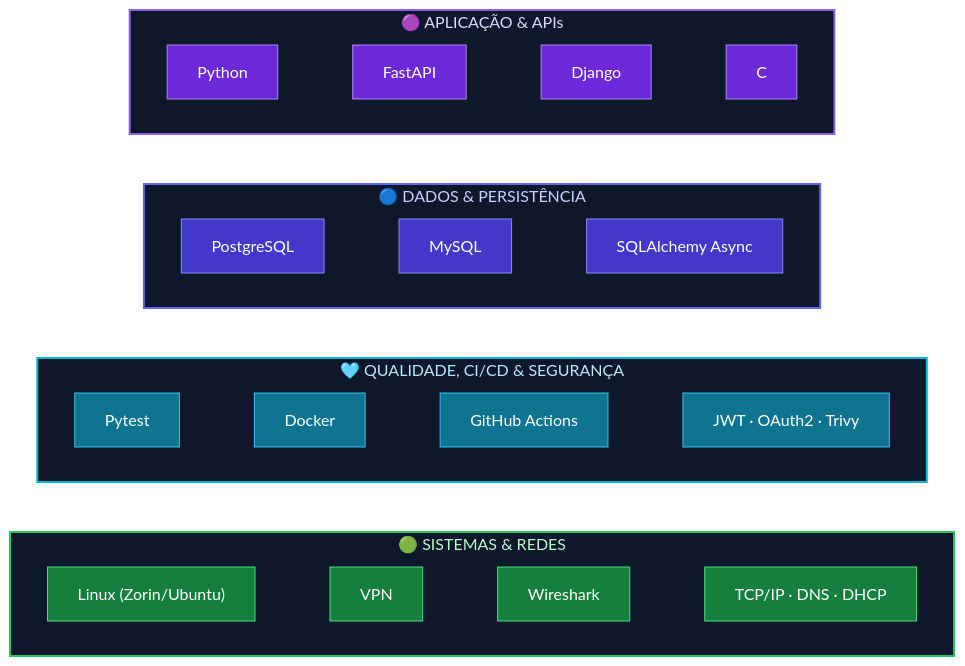
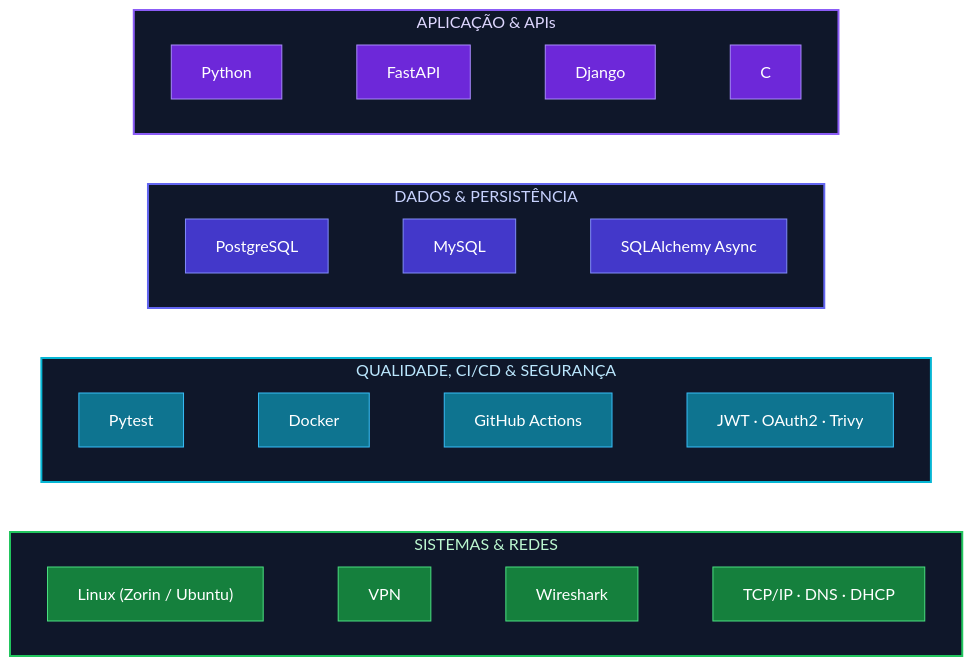
One commit to rafaelmaia-dev/rafaelmaia-dev changed the second of 3 diagrams in README.md. Above: the diagram before and after it, drawn with Mermaid. The commit also changed other lines of this file, not shown here.

````diff
--- a/README.md
+++ b/README.md
@@ -182,49 +182,49 @@
 ```mermaid
 flowchart TB
-    subgraph L1["🟣 APLICAÇÃO & APIs"]
+    subgraph L1["APLICAÇÃO & APIs"]
         direction LR
         A1["Python"]
         A2["FastAPI"]
         A3["Django"]
         A4["C"]
     end
-    subgraph L2["🔵 DADOS & PERSISTÊNCIA"]
+    subgraph L2["DADOS & PERSISTÊNCIA"]
         direction LR
         B1["PostgreSQL"]
         B2["MySQL"]
         B3["SQLAlchemy Async"]
     end
-    subgraph L3["🩵 QUALIDADE, CI/CD & SEGURANÇA"]
+    subgraph L3["QUALIDADE, CI/CD & SEGURANÇA"]
         direction LR
         C1["Pytest"]
         C2["Docker"]
         C3["GitHub Actions"]
         C4["JWT · OAuth2 · Trivy"]
     end
-    subgraph L4["🟢 SISTEMAS & REDES"]
+    subgraph L4["SISTEMAS & REDES"]
         direction LR
-        D1["Linux (Zorin/Ubuntu)"]
+        D1["Linux (Zorin / Ubuntu)"]
         D2["VPN"]
         D3["Wireshark"]
         D4["TCP/IP · DNS · DHCP"]
     end
 
     A1 ~~~ A2 ~~~ A3 ~~~ A4
     B1 ~~~ B2 ~~~ B3
     C1 ~~~ C2 ~~~ C3 ~~~ C4
     D1 ~~~ D2 ~~~ D3 ~~~ D4
     L1 ~~~ L2 ~~~ L3 ~~~ L4
 
     classDef l1 fill:#6D28D9,stroke:#A78BFA,color:#fff
     classDef l2 fill:#4338CA,stroke:#818CF8,color:#fff
     classDef l3 fill:#0E7490,stroke:#38BDF8,color:#fff
     classDef l4 fill:#15803D,stroke:#4ADE80,color:#fff
     class A1,A2,A3,A4 l1
     class B1,B2,B3 l2
     class C1,C2,C3,C4 l3
     class D1,D2,D3,D4 l4
     style L1 fill:#0F172A,stroke:#8B5CF6,stroke-width:2px,color:#DDD6FE
     style L2 fill:#0F172A,stroke:#6366F1,stroke-width:2px,color:#C7D2FE
     style L3 fill:#0F172A,stroke:#06B6D4,stroke-width:2px,color:#BAE6FD
     style L4 fill:#0F172A,stroke:#22C55E,stroke-width:2px,color:#BBF7D0
 ```
````
